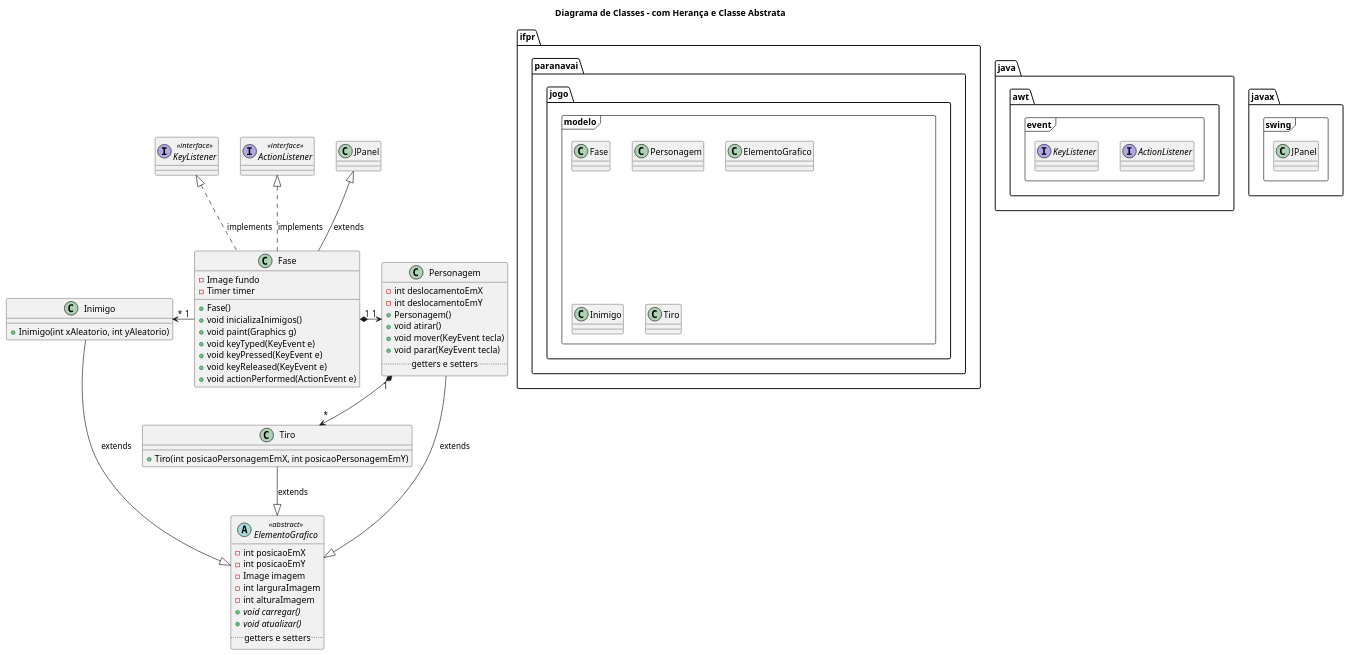
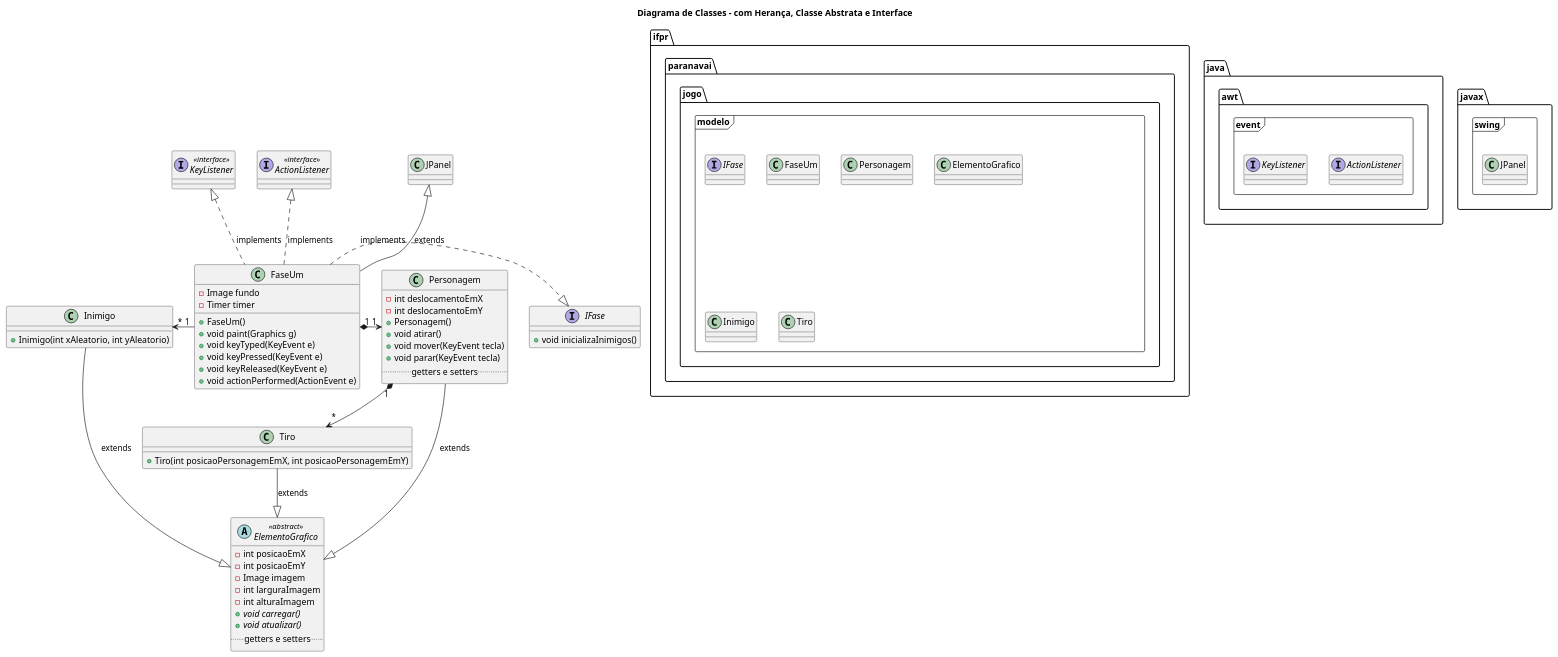
The diagram in uml/diagrama-classe.puml (terenciani/jogo-2d-ifpr-2023), drawn with PlantUML before and after one commit.

Commit message:
Capítulo 17 - Inclusão da interface

```diff
--- a/uml/diagrama-classe.puml
+++ b/uml/diagrama-classe.puml
@@ -1,84 +1,90 @@
 @startuml
 
-title Diagrama de Classes - com Herança e Classe Abstrata
+title Diagrama de Classes - com Herança, Classe Abstrata e Interface
 
 package ifpr.paranavai.jogo.modelo <<Frame>> {
-    class Fase
+    interface IFase
+    class FaseUm
     class Personagem
     class Inimigo
     class Tiro
     class ElementoGrafico
     note right of ElementoGrafico::carregar
         Itálico indica que
         o método é abstrato
     end note
 }
 
 package java.awt.event <<Frame>> {
     interface ActionListener
     interface KeyListener
 }
 
 
 package javax.swing <<Frame>> {
   class JPanel
 }
 
 abstract class ElementoGrafico <<abstract>> {
     -int posicaoEmX
     -int posicaoEmY
     -Image imagem
     -int larguraImagem
     -int alturaImagem    
     +{abstract} void carregar()
     +{abstract} void atualizar()
     .. getters e setters ..
 }
 
-class Fase {
+class FaseUm {
     -Image fundo
     -Timer timer
-    +Fase()
-    +void inicializaInimigos()
+    +FaseUm()
     +void paint(Graphics g)
     +void keyTyped(KeyEvent e)
     +void keyPressed(KeyEvent e)
     +void keyReleased(KeyEvent e)
     +void actionPerformed(ActionEvent e)
 }
 
 class Personagem{
     -int deslocamentoEmX
     -int deslocamentoEmY
     +Personagem()
     +void atirar()
     +void mover(KeyEvent tecla)
     +void parar(KeyEvent tecla)
     .. getters e setters ..
 }
 
 class Inimigo{
     +Inimigo(int xAleatorio, int yAleatorio)
 }
-class Tiro{
+
+class Tiro {
     +Tiro(int posicaoPersonagemEmX, int posicaoPersonagemEmY)
+}
+
+interface IFase {    
+    +void inicializaInimigos()
 }
 
 class JPanel
 interface ActionListener <<interface>>
 interface KeyListener <<interface>>
 
-Fase -up-|> JPanel: extends
-Fase -up.|> ActionListener: implements
-Fase -up.|> KeyListener: implements
+FaseUm -up-|> JPanel: extends
+FaseUm -up.|> ActionListener: implements
+FaseUm -up.|> KeyListener: implements
+FaseUm -right.|> IFase: implements
 
-Fase "1" *-right-> "1" Personagem
-Inimigo "*" <-right- "1" Fase
+FaseUm "1" *-right-> "1" Personagem
+Inimigo "*" <-right- "1" FaseUm
 
 Personagem "1" *--> "*" Tiro
 Personagem --|> ElementoGrafico: extends
 
 Tiro --|> ElementoGrafico: extends
 
 Inimigo --|> ElementoGrafico: extends
 @enduml
```
